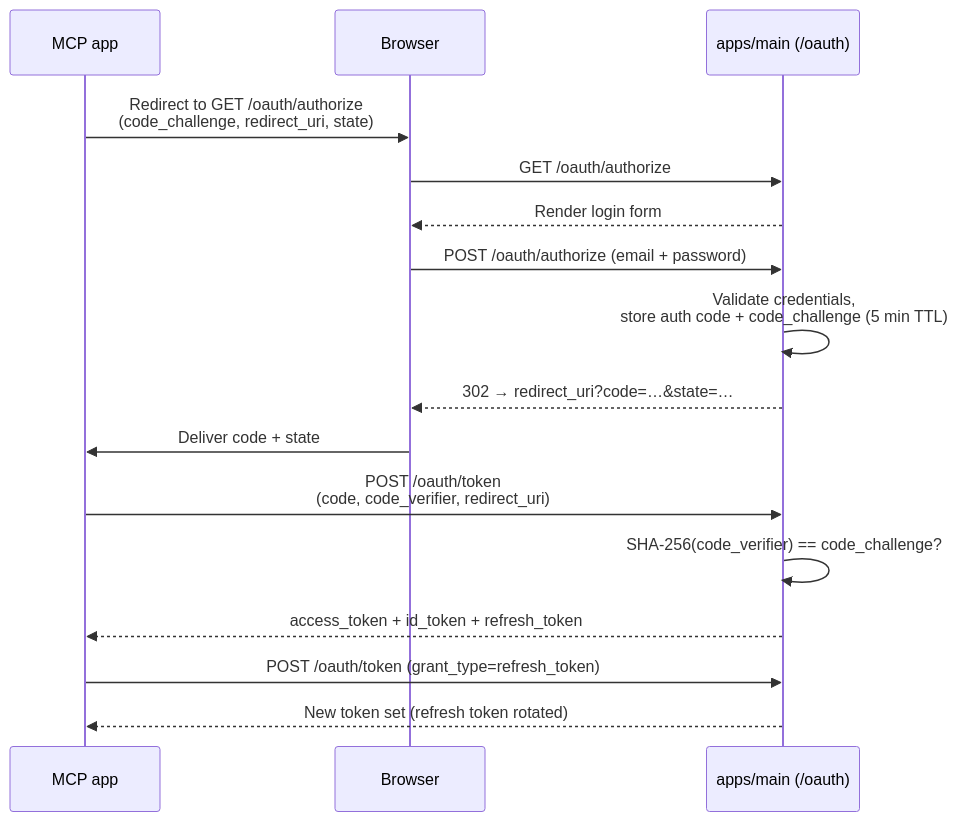
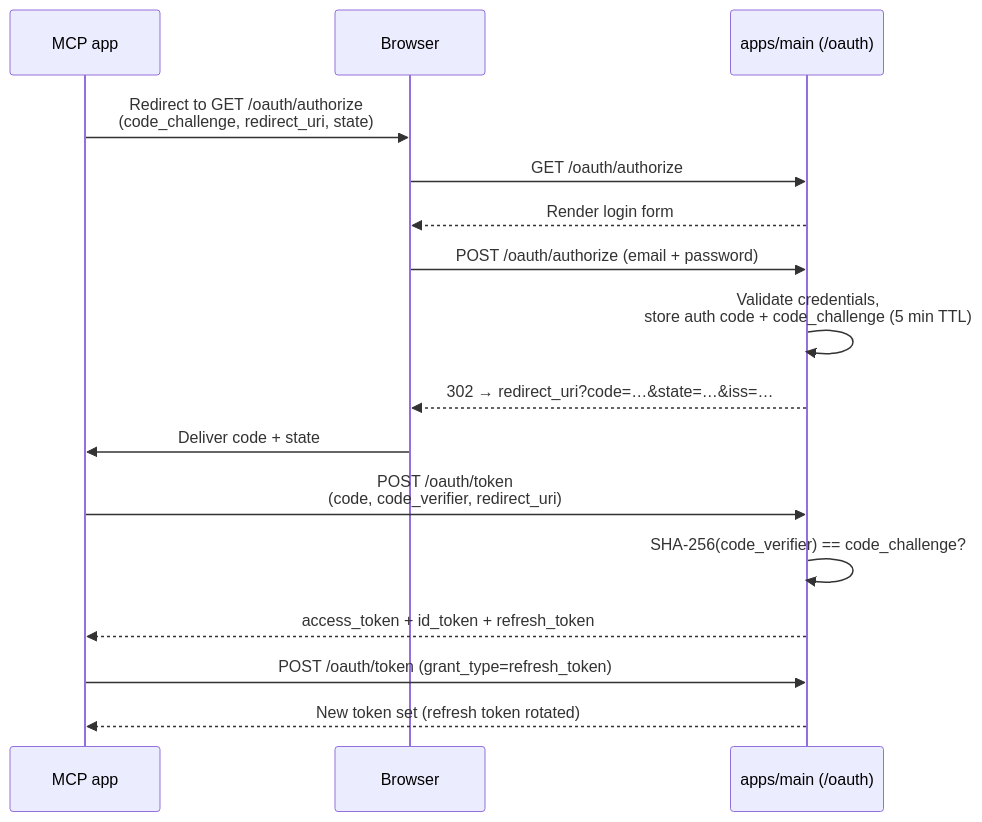
Before and after one commit to TheIthorian/centralised-task-manager: the diagram in apps/main/src/oauth/README.md, drawn with Mermaid. The commit also changed other lines of this file and 45 other files, not shown here.

````diff
--- a/apps/main/src/oauth/README.md
+++ b/apps/main/src/oauth/README.md
@@ -21,19 +57,19 @@
 ```mermaid
 sequenceDiagram
     participant MCP as MCP app
     participant Browser
     participant CTM as apps/main (/oauth)
 
     MCP->>Browser: Redirect to GET /oauth/authorize<br/>(code_challenge, redirect_uri, state)
     Browser->>CTM: GET /oauth/authorize
     CTM-->>Browser: Render login form
     Browser->>CTM: POST /oauth/authorize (email + password)
     CTM->>CTM: Validate credentials,<br/>store auth code + code_challenge (5 min TTL)
-    CTM-->>Browser: 302 → redirect_uri?code=…&state=…
+    CTM-->>Browser: 302 → redirect_uri?code=…&state=…&iss=…
     Browser->>MCP: Deliver code + state
     MCP->>CTM: POST /oauth/token<br/>(code, code_verifier, redirect_uri)
     CTM->>CTM: SHA-256(code_verifier) == code_challenge?
     CTM-->>MCP: access_token + id_token + refresh_token
     MCP->>CTM: POST /oauth/token (grant_type=refresh_token)
     CTM-->>MCP: New token set (refresh token rotated)
 ```
````
